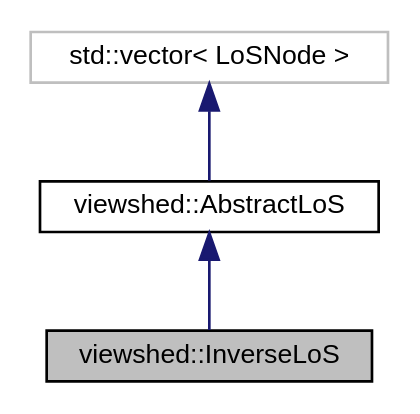
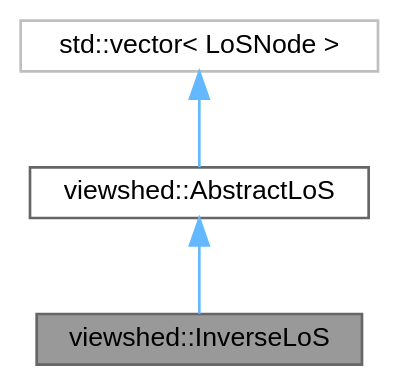
Before and after one commit to JanCaha/cpp-viewshed-library: the diagram in classviewshed_1_1InverseLoS__inherit__graph.dot, drawn with Graphviz. The commit also changed 320 other files, not shown here.

```diff
--- a/classviewshed_1_1InverseLoS__inherit__graph.dot
+++ b/classviewshed_1_1InverseLoS__inherit__graph.dot
@@ -1,11 +1,12 @@
 digraph "viewshed::InverseLoS"
 {
  // LATEX_PDF_SIZE
-  edge [fontname="Helvetica",fontsize="10",labelfontname="Helvetica",labelfontsize="10"];
-  node [fontname="Helvetica",fontsize="10",shape=record];
-  Node1 [label="viewshed::InverseLoS",height=0.2,width=0.4,color="black", fillcolor="grey75", style="filled", fontcolor="black",tooltip="Class that represents InverseLoS, that is LoS used in Inverse Viewshed calculation."];
-  Node2 -> Node1 [dir="back",color="midnightblue",fontsize="10",style="solid",fontname="Helvetica"];
-  Node2 [label="viewshed::AbstractLoS",height=0.2,width=0.4,color="black", fillcolor="white", style="filled",URL="$classviewshed_1_1AbstractLoS.html",tooltip="Abstract class that represent line-of-sight (LoS). Consists of LoSNodes, view point and target point ..."];
-  Node3 -> Node2 [dir="back",color="midnightblue",fontsize="10",style="solid",fontname="Helvetica"];
-  Node3 [label="std::vector\< LoSNode \>",height=0.2,width=0.4,color="grey75", fillcolor="white", style="filled",tooltip=" "];
+  bgcolor="transparent";
+  edge [fontname=Helvetica,fontsize=10,labelfontname=Helvetica,labelfontsize=10];
+  node [fontname=Helvetica,fontsize=10,shape=box,height=0.2,width=0.4];
+  Node1 [id="Node000001",label="viewshed::InverseLoS",height=0.2,width=0.4,color="gray40", fillcolor="grey60", style="filled", fontcolor="black",tooltip="Class that represents InverseLoS, that is LoS used in Inverse Viewshed calculation."];
+  Node2 -> Node1 [id="edge1_Node000001_Node000002",dir="back",color="steelblue1",style="solid",tooltip=" "];
+  Node2 [id="Node000002",label="viewshed::AbstractLoS",height=0.2,width=0.4,color="gray40", fillcolor="white", style="filled",URL="$classviewshed_1_1AbstractLoS.html",tooltip="Abstract class that represent line-of-sight (LoS). Consists of LoSNodes, view point and target point ..."];
+  Node3 -> Node2 [id="edge2_Node000002_Node000003",dir="back",color="steelblue1",style="solid",tooltip=" "];
+  Node3 [id="Node000003",label="std::vector\< LoSNode \>",height=0.2,width=0.4,color="grey75", fillcolor="white", style="filled",tooltip=" "];
 }
```
